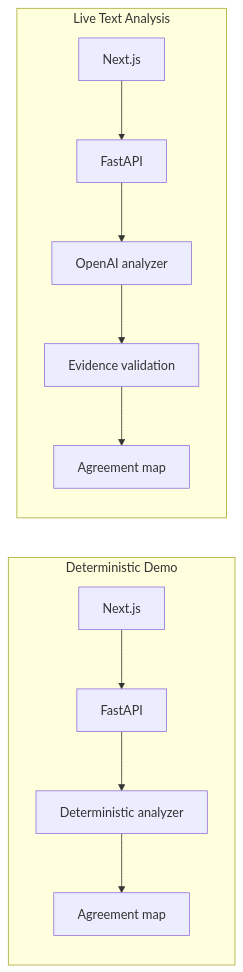
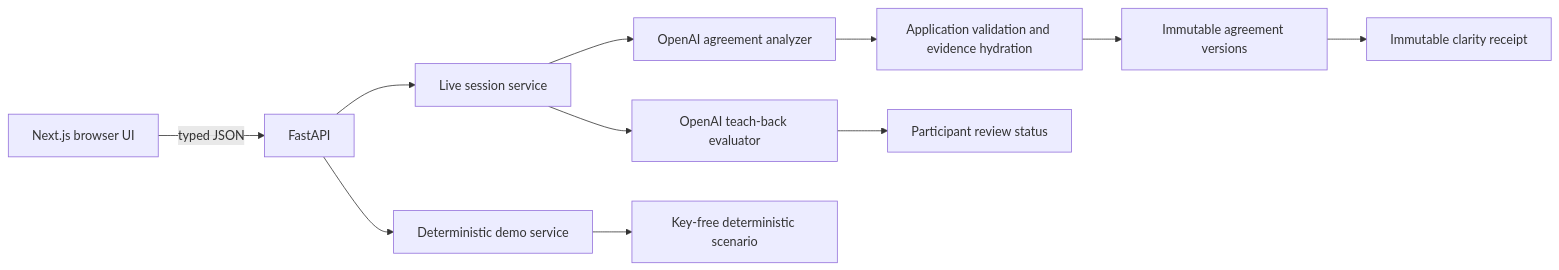
Before and after one commit to SarangMarkandey/meaning-sync: the first of 2 diagrams in docs/architecture.md, drawn with Mermaid. The commit also changed other lines of this file and 48 other files, not shown here.

Commit message:
fix: simplify live agreement workflow

````diff
--- a/docs/architecture.md
+++ b/docs/architecture.md
@@ -5,14 +5,13 @@
 ```mermaid
 flowchart LR
-  subgraph Demo[Deterministic Demo]
-    DWEB[Next.js] --> DAPI[FastAPI]
-    DAPI --> DET[Deterministic analyzer]
-    DET --> DMAP[Agreement map]
-  end
-  subgraph Live[Live Text Analysis]
-    LWEB[Next.js] --> LAPI[FastAPI]
-    LAPI --> OAI[OpenAI analyzer]
-    OAI --> VAL[Evidence validation]
-    VAL --> LMAP[Agreement map]
-  end
+  Browser[Next.js browser UI] -->|typed JSON| API[FastAPI]
+  API --> Live[Live session service]
+  API --> Demo[Deterministic demo service]
+  Live --> Analyzer[OpenAI agreement analyzer]
+  Live --> Teachback[OpenAI teach-back evaluator]
+  Analyzer --> Validate[Application validation and evidence hydration]
+  Validate --> Versions[Immutable agreement versions]
+  Teachback --> Reviews[Participant review status]
+  Versions --> Receipt[Immutable clarity receipt]
+  Demo --> Fixture[Key-free deterministic scenario]
 ```
````
